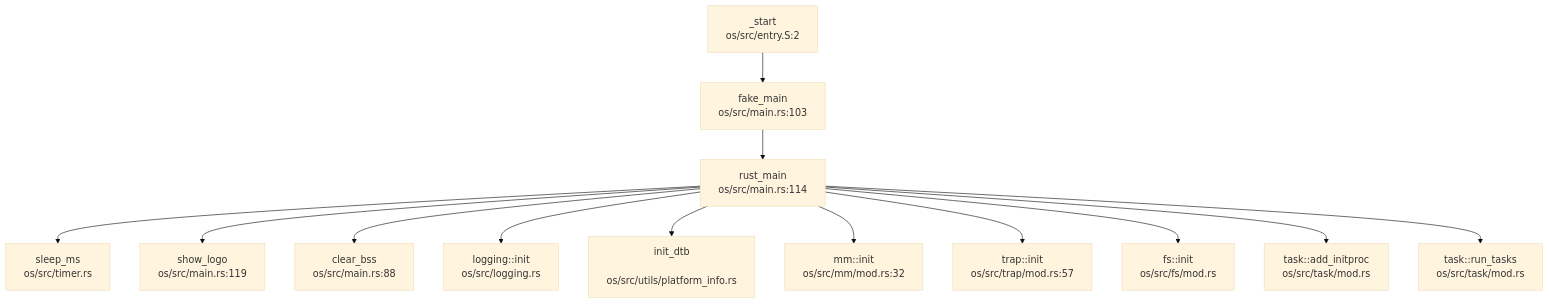
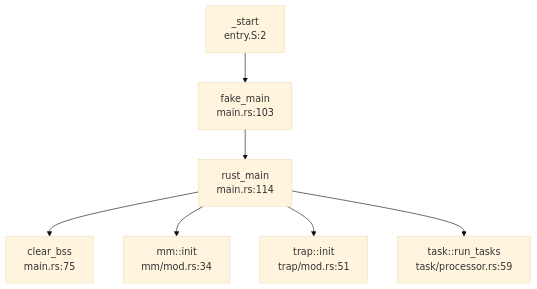
The diagram in output/oskernel2024-chaos/sections/02_启动流程与架构初始化.md (Freefor100/OS-Agent), drawn with Mermaid (base theme) before and after one commit. The commit also changed other lines of this file and 118 other files, not shown here.

````diff
--- a/output/oskernel2024-chaos/sections/02_启动流程与架构初始化.md
+++ b/output/oskernel2024-chaos/sections/02_启动流程与架构初始化.md
@@ -153,28 +158,16 @@
 ```mermaid
 graph TD
   A["_start
-  os/src/entry.S:2"] --> B["fake_main
-  os/src/main.rs:103"]
+  entry.S:2"] --> B["fake_main
+  main.rs:103"]
   B --> C["rust_main
-  os/src/main.rs:114"]
-  C --> D["sleep_ms
-  os/src/timer.rs"]
-  C --> E["show_logo
-  os/src/main.rs:119"]
-  C --> F["clear_bss
-  os/src/main.rs:88"]
-  C --> G["logging::init
-  os/src/logging.rs"]
-  C --> H["init_dtb
-  os/src/utils/platform_info.rs"]
-  C --> I["mm::init
-  os/src/mm/mod.rs:32"]
-  C --> J["trap::init
-  os/src/trap/mod.rs:57"]
-  C --> K["fs::init
-  os/src/fs/mod.rs"]
-  C --> L["task::add_initproc
-  os/src/task/mod.rs"]
-  C --> M["task::run_tasks
-  os/src/task/mod.rs"]
+  main.rs:114"]
+  C --> D["clear_bss
+  main.rs:75"]
+  C --> E["mm::init
+  mm/mod.rs:34"]
+  C --> F["trap::init
+  trap/mod.rs:51"]
+  C --> G["task::run_tasks
+  task/processor.rs:59"]
 ```
````
